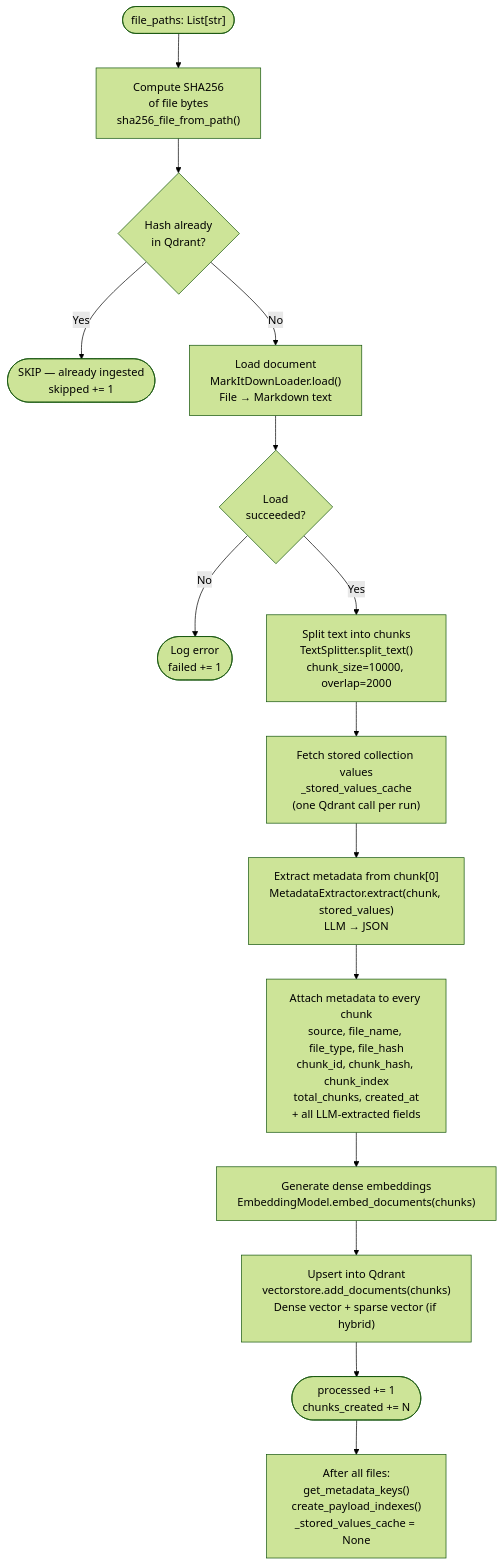
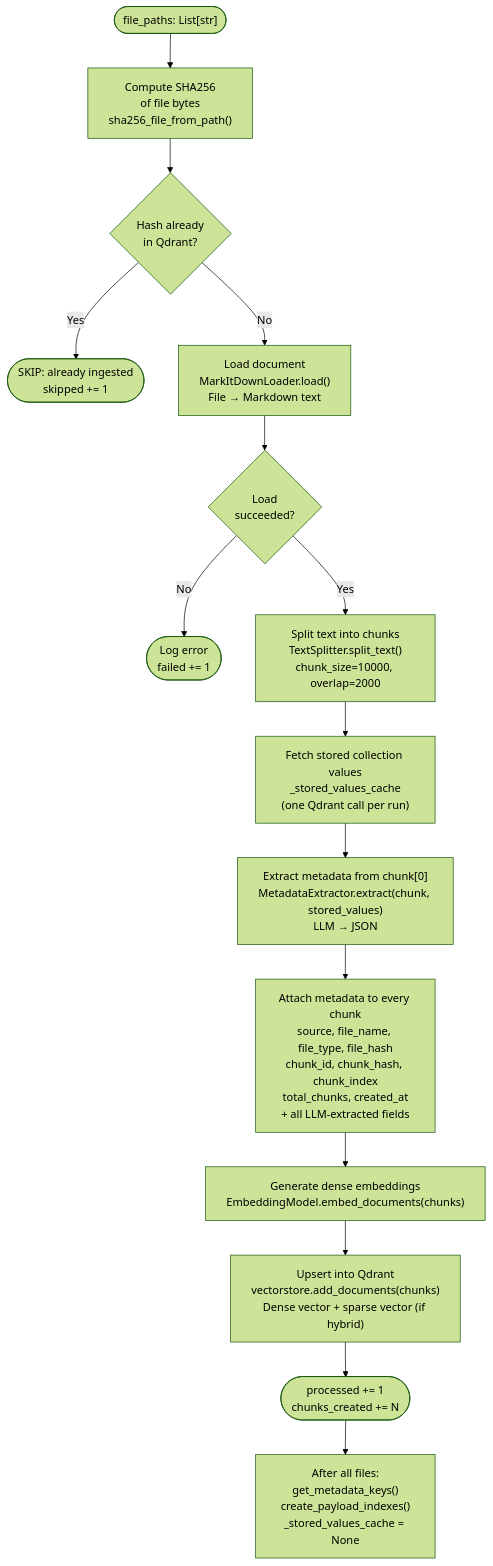
One commit to laxmimerit/RAGWire changed the first of 4 diagrams in docs/architecture/ingestion_pipeline.md. Above: the diagram before and after it, drawn with Mermaid (forest theme). The commit also changed other lines of this file and 37 other files, not shown here.

````diff
--- a/docs/architecture/ingestion_pipeline.md
+++ b/docs/architecture/ingestion_pipeline.md
@@ -9,34 +9,34 @@
 ```mermaid
 flowchart TD
     A(["file_paths: List[str]"]) --> B
 
     B["Compute SHA256\nof file bytes\nsha256_file_from_path()"]
     B --> C{Hash already\nin Qdrant?}
 
-    C -->|Yes| SKIP(["SKIP — already ingested\nskipped += 1"])
+    C -->|Yes| SKIP(["SKIP: already ingested\nskipped += 1"])
     C -->|No| D
 
     D["Load document\nMarkItDownLoader.load()\nFile → Markdown text"]
     D --> E{Load\nsucceeded?}
 
     E -->|No| FAIL(["Log error\nfailed += 1"])
     E -->|Yes| F
 
     F["Split text into chunks\nTextSplitter.split_text()\nchunk_size=10000, overlap=2000"]
 
     F --> G["Fetch stored collection values\n_stored_values_cache\n(one Qdrant call per run)"]
 
     G --> H["Extract metadata from chunk[0]\nMetadataExtractor.extract(chunk, stored_values)\nLLM → JSON"]
 
     H --> I["Attach metadata to every chunk\nsource, file_name, file_type, file_hash\nchunk_id, chunk_hash, chunk_index\ntotal_chunks, created_at\n+ all LLM-extracted fields"]
 
     I --> J["Generate dense embeddings\nEmbeddingModel.embed_documents(chunks)"]
 
     J --> K["Upsert into Qdrant\nvectorstore.add_documents(chunks)\nDense vector + sparse vector (if hybrid)"]
 
     K --> DONE(["processed += 1\nchunks_created += N"])
 
     DONE --> POST
 
     POST["After all files:\nget_metadata_keys()\ncreate_payload_indexes()\n_stored_values_cache = None"]
 ```
````
